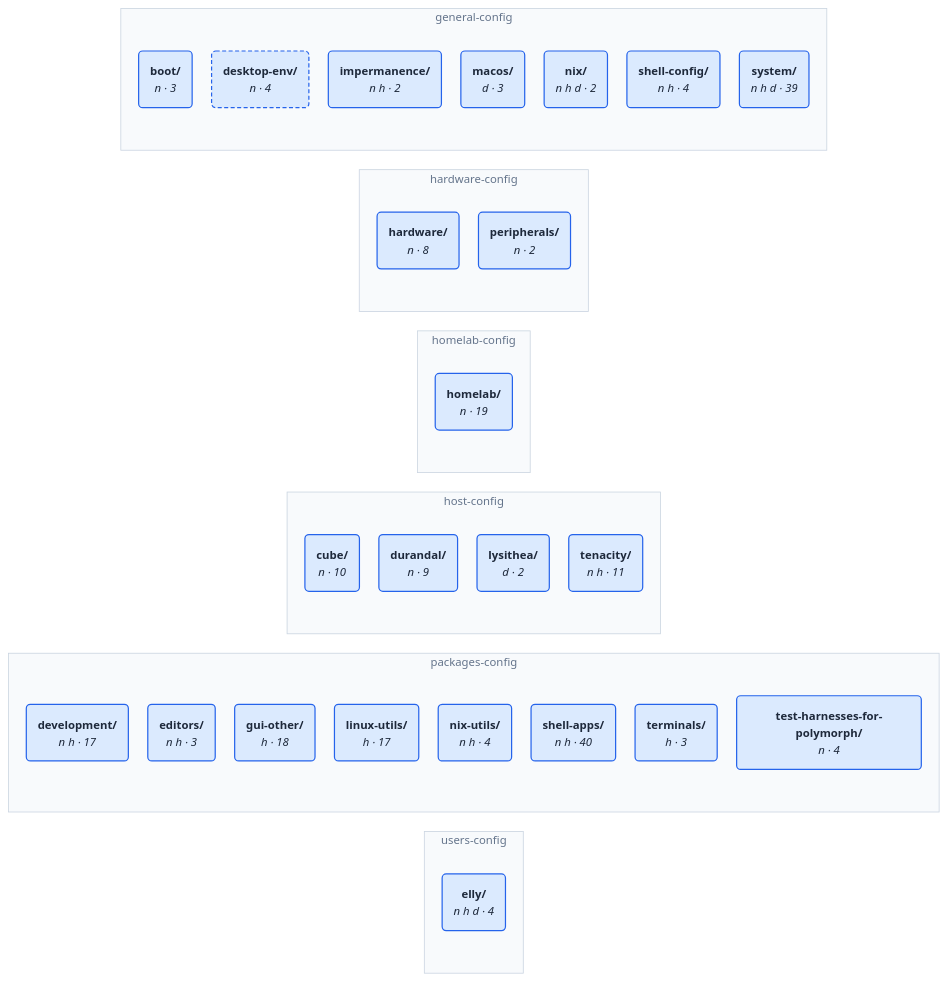
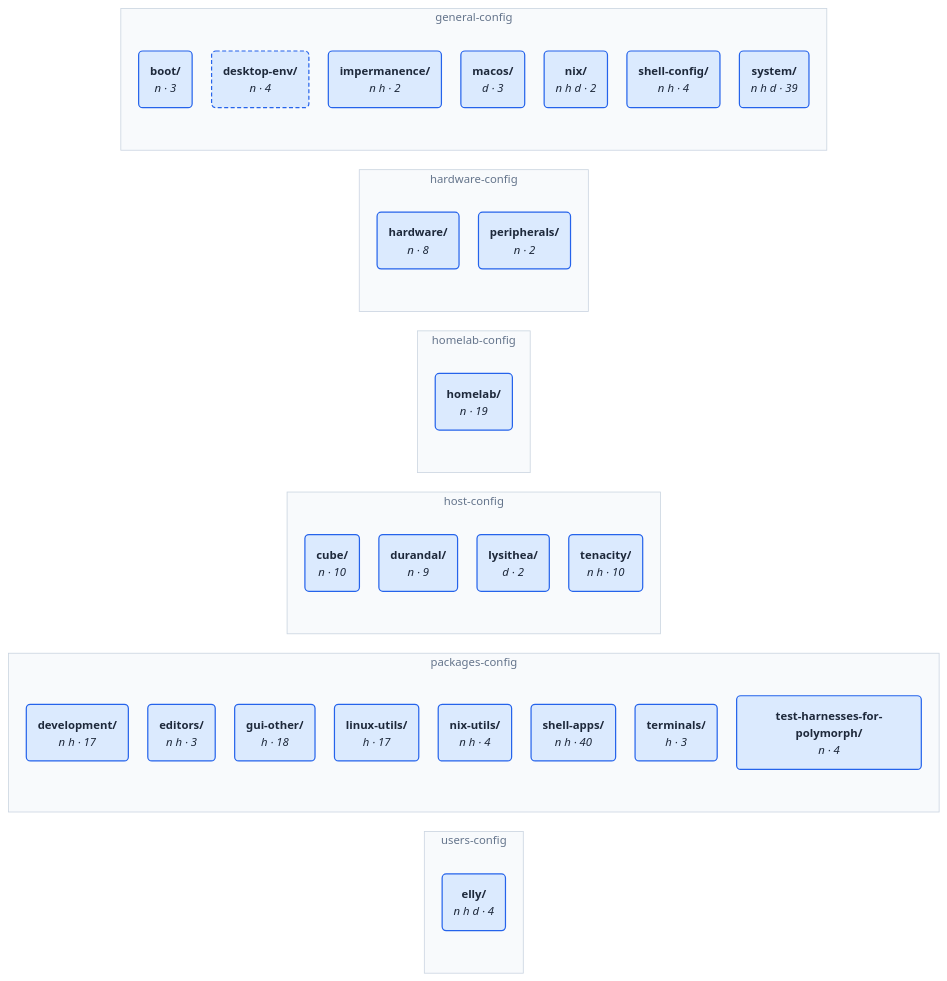
Before and after one commit to NireBryce/nixos-configs: the diagram in wiki/config-structure/architecture.md, drawn with Mermaid. The commit also changed 7 other files, not shown here.

````diff
--- a/wiki/config-structure/architecture.md
+++ b/wiki/config-structure/architecture.md
@@ -98,55 +98,55 @@
 ```mermaid
 %%{init: {"theme": "base", "themeVariables": {"fontFamily": "ui-sans-serif, system-ui, sans-serif", "fontSize": "14px", "lineColor": "#94a3b8"}, "flowchart": {"curve": "basis", "nodeSpacing": 24, "rankSpacing": 80, "padding": 14}}}%%
 flowchart LR
     subgraph g0["users-config"]
         n28("<b>elly/</b><br/><i>n h d · 4</i>")
     end
     subgraph g1["packages-config"]
         n20("<b>development/</b><br/><i>n h · 17</i>")
         n21("<b>editors/</b><br/><i>n h · 3</i>")
         n22("<b>gui-other/</b><br/><i>h · 18</i>")
         n23("<b>linux-utils/</b><br/><i>h · 17</i>")
         n24("<b>nix-utils/</b><br/><i>n h · 4</i>")
         n25("<b>shell-apps/</b><br/><i>n h · 40</i>")
         n26("<b>terminals/</b><br/><i>h · 3</i>")
         n27("<b>test-harnesses-for-polymorph/</b><br/><i>n · 4</i>")
     end
     subgraph g2["host-config"]
         n16("<b>cube/</b><br/><i>n · 10</i>")
         n17("<b>durandal/</b><br/><i>n · 9</i>")
         n18("<b>lysithea/</b><br/><i>d · 2</i>")
-        n19("<b>tenacity/</b><br/><i>n h · 11</i>")
+        n19("<b>tenacity/</b><br/><i>n h · 10</i>")
     end
     subgraph g3["homelab-config"]
         n15("<b>homelab/</b><br/><i>n · 19</i>")
     end
     subgraph g4["hardware-config"]
         n13("<b>hardware/</b><br/><i>n · 8</i>")
         n14("<b>peripherals/</b><br/><i>n · 2</i>")
     end
     subgraph g5["general-config"]
         n6("<b>boot/</b><br/><i>n · 3</i>")
         n7("<b>desktop-env/</b><br/><i>n · 4</i>")
         n8("<b>impermanence/</b><br/><i>n h · 2</i>")
         n9("<b>macos/</b><br/><i>d · 3</i>")
         n10("<b>nix/</b><br/><i>n h d · 2</i>")
         n11("<b>shell-config/</b><br/><i>n h · 4</i>")
         n12("<b>system/</b><br/><i>n h d · 39</i>")
     end
     style g0 fill:#f8fafc,stroke:#cbd5e1,color:#64748b
     style g1 fill:#f8fafc,stroke:#cbd5e1,color:#64748b
     style g2 fill:#f8fafc,stroke:#cbd5e1,color:#64748b
     style g3 fill:#f8fafc,stroke:#cbd5e1,color:#64748b
     style g4 fill:#f8fafc,stroke:#cbd5e1,color:#64748b
     style g5 fill:#f8fafc,stroke:#cbd5e1,color:#64748b
     classDef area fill:#f8fafc,stroke:#cbd5e1,color:#1e293b,stroke-width:1.5px
     classDef category fill:#dbeafe,stroke:#2563eb,color:#1e293b,stroke-width:1.5px
     classDef folder fill:#f1f5f9,stroke:#94a3b8,color:#1e293b,stroke-width:1.5px
     classDef module fill:#ffffff,stroke:#94a3b8,color:#1e293b,stroke-width:1.5px
     classDef aggregate fill:#ffffff,stroke:#f59e0b,color:#1e293b,stroke-width:1.5px
     classDef missing fill:#fee2e2,stroke:#ef4444,color:#1e293b,stroke-width:1.5px
     classDef orphan fill:#fff1f2,stroke:#e11d48,color:#1e293b,stroke-width:2.5px
     classDef bymodule stroke-dasharray:5 3
     class n6,n7,n8,n9,n10,n11,n12,n13,n14,n15,n16,n17,n18,n19,n20,n21,n22,n23,n24,n25,n26,n27,n28 category
     class n7 bymodule
 ```
````
